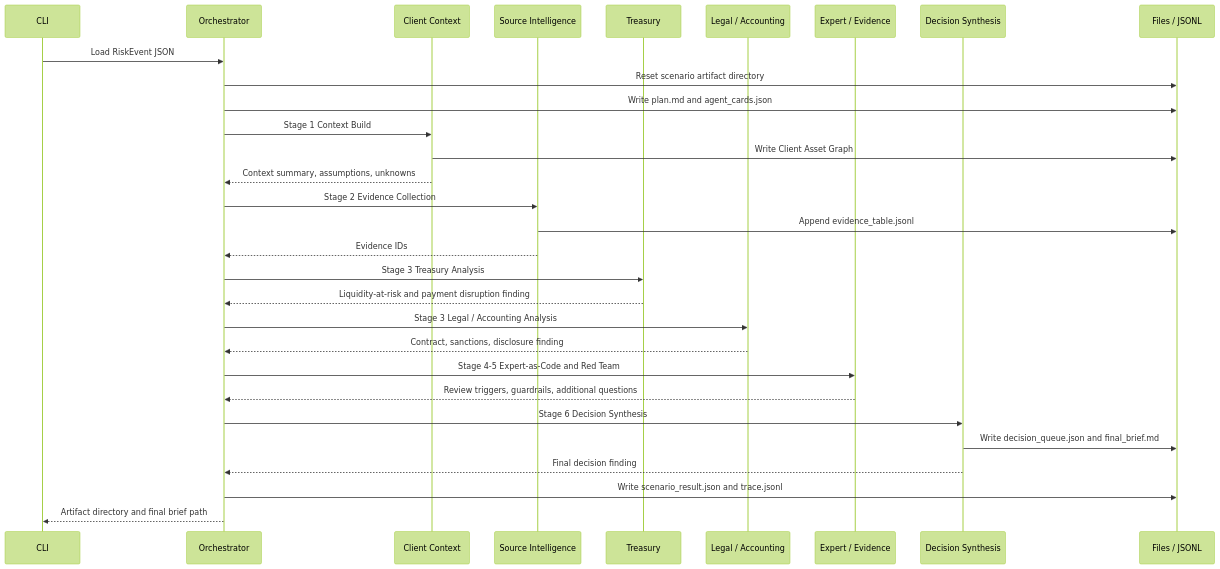
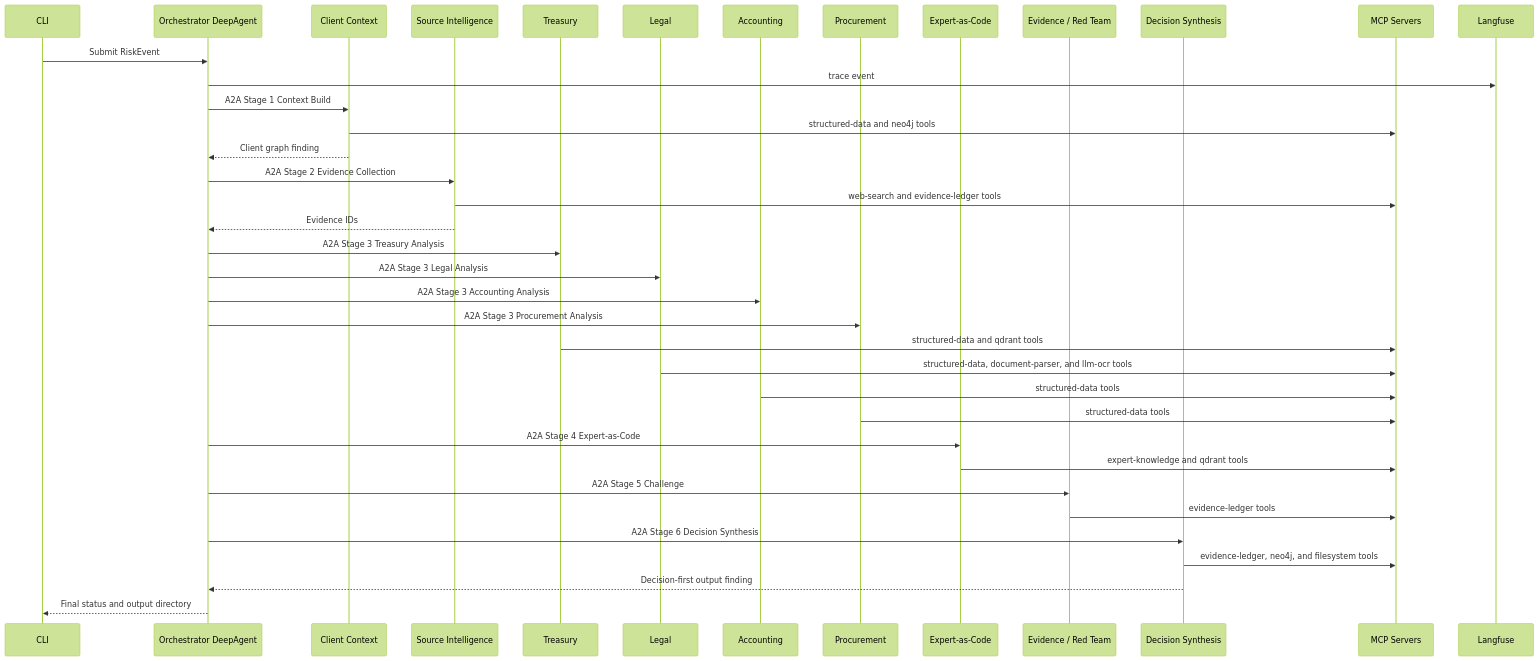
The third of 4 diagrams in docs/architecture_diagrams.md (yujihama/RiskAdvisory_Intelligence_Platform), drawn with Mermaid (forest theme) before and after one commit. The commit also changed other lines of this file and 34 other files, not shown here.

Commit message:
Implement final risk advisory architecture

````diff
--- a/docs/architecture_diagrams.md
+++ b/docs/architecture_diagrams.md
@@ -181,33 +184,41 @@
 ```mermaid
 sequenceDiagram
     participant CLI as CLI
-    participant O as Orchestrator
+    participant O as Orchestrator DeepAgent
     participant C as Client Context
     participant S as Source Intelligence
     participant T as Treasury
-    participant L as Legal / Accounting
-    participant E as Expert / Evidence
+    participant L as Legal
+    participant A as Accounting
+    participant P as Procurement
+    participant E as Expert-as-Code
+    participant R as Evidence / Red Team
     participant D as Decision Synthesis
-    participant F as Files / JSONL
+    participant M as MCP Servers
+    participant LF as Langfuse
 
-    CLI->>O: Load RiskEvent JSON
-    O->>F: Reset scenario artifact directory
-    O->>F: Write plan.md and agent_cards.json
-    O->>C: Stage 1 Context Build
-    C->>F: Write Client Asset Graph
-    C-->>O: Context summary, assumptions, unknowns
-    O->>S: Stage 2 Evidence Collection
-    S->>F: Append evidence_table.jsonl
+    CLI->>O: Submit RiskEvent
+    O->>LF: trace event
+    O->>C: A2A Stage 1 Context Build
+    C->>M: structured-data and neo4j tools
+    C-->>O: Client graph finding
+    O->>S: A2A Stage 2 Evidence Collection
+    S->>M: web-search and evidence-ledger tools
     S-->>O: Evidence IDs
-    O->>T: Stage 3 Treasury Analysis
-    T-->>O: Liquidity-at-risk and payment disruption finding
-    O->>L: Stage 3 Legal / Accounting Analysis
-    L-->>O: Contract, sanctions, disclosure finding
-    O->>E: Stage 4-5 Expert-as-Code and Red Team
-    E-->>O: Review triggers, guardrails, additional questions
-    O->>D: Stage 6 Decision Synthesis
-    D->>F: Write decision_queue.json and final_brief.md
-    D-->>O: Final decision finding
-    O->>F: Write scenario_result.json and trace.jsonl
-    O-->>CLI: Artifact directory and final brief path
+    O->>T: A2A Stage 3 Treasury Analysis
+    O->>L: A2A Stage 3 Legal Analysis
+    O->>A: A2A Stage 3 Accounting Analysis
+    O->>P: A2A Stage 3 Procurement Analysis
+    T->>M: structured-data and qdrant tools
+    L->>M: structured-data, document-parser, and llm-ocr tools
+    A->>M: structured-data tools
+    P->>M: structured-data tools
+    O->>E: A2A Stage 4 Expert-as-Code
+    E->>M: expert-knowledge and qdrant tools
+    O->>R: A2A Stage 5 Challenge
+    R->>M: evidence-ledger tools
+    O->>D: A2A Stage 6 Decision Synthesis
+    D->>M: evidence-ledger, neo4j, and filesystem tools
+    D-->>O: Decision-first output finding
+    O-->>CLI: Final status and output directory
 ```
````
